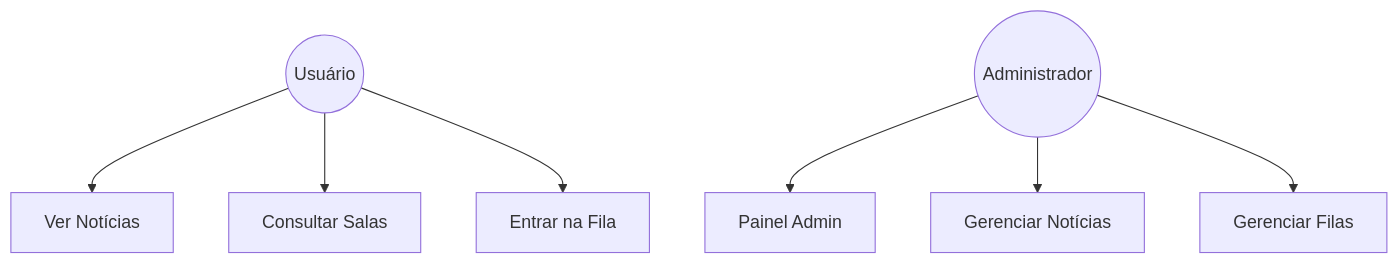
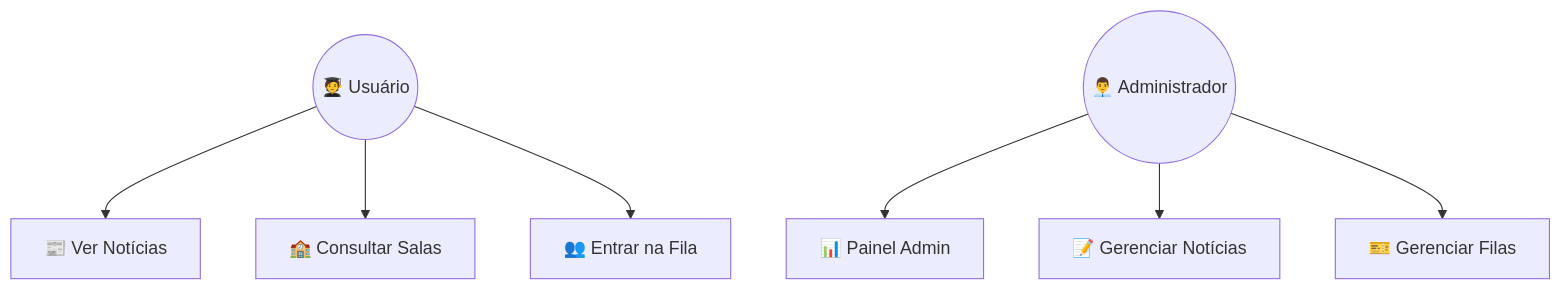
One commit to Shakaos/Campus-News changed the first of 2 diagrams in README.md. Above: the diagram before and after it, drawn with Mermaid. The commit also changed other lines of this file and 1 other file, not shown here.

First line of the commit message:
feat: Enhance diagrams with emojis

````diff
--- a/README.md
+++ b/README.md
@@ -31,13 +31,13 @@
 ```mermaid
 graph TD
-    User((Usuário))
-    Admin((Administrador))
+    User((🧑‍🎓 Usuário))
+    Admin((👨‍💼 Administrador))
     
-    User --> News[Ver Notícias]
-    User --> Rooms[Consultar Salas]
-    User --> Queue[Entrar na Fila]
+    User --> News[📰 Ver Notícias]
+    User --> Rooms[🏫 Consultar Salas]
+    User --> Queue[👥 Entrar na Fila]
     
-    Admin --> Dashboard[Painel Admin]
-    Admin --> ManageNews[Gerenciar Notícias]
-    Admin --> ManageQueue[Gerenciar Filas]
+    Admin --> Dashboard[📊 Painel Admin]
+    Admin --> ManageNews[📝 Gerenciar Notícias]
+    Admin --> ManageQueue[🎫 Gerenciar Filas]
 ```
````
